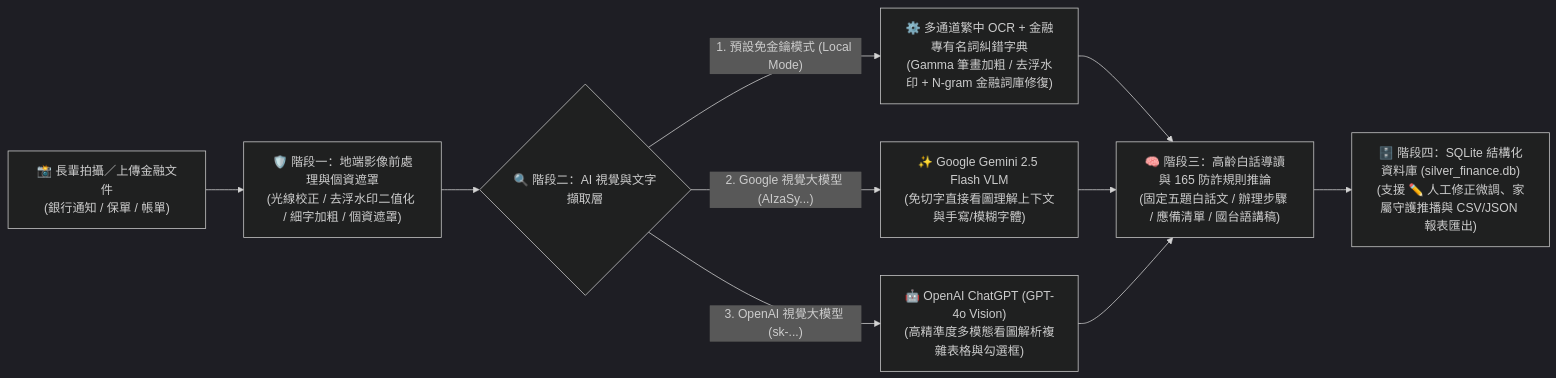
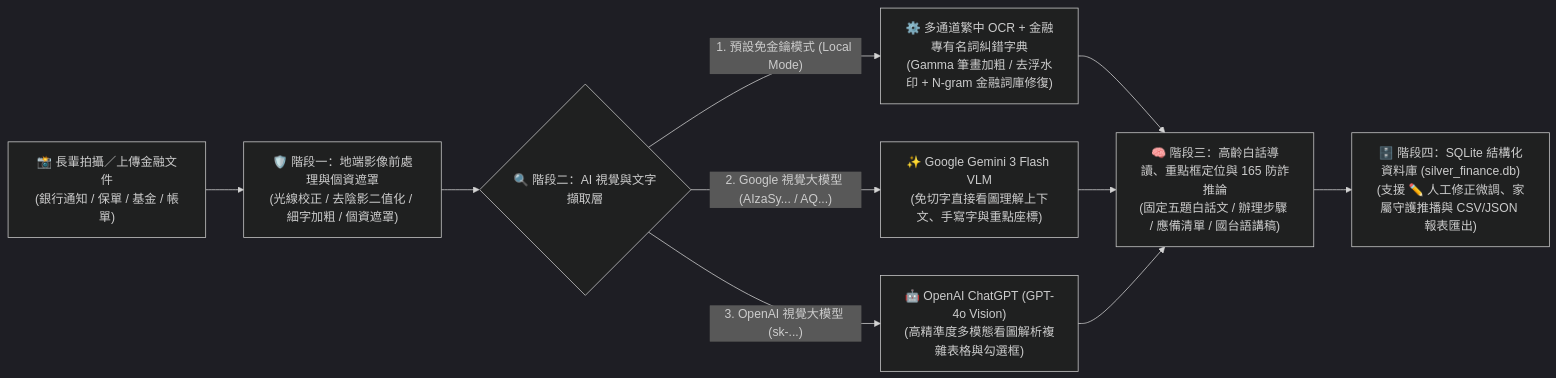
One commit to Ychen1031/FinTech changed the diagram in README.md. Above: the diagram before and after it, drawn with Mermaid (dark theme). The commit also changed other lines of this file, not shown here.

Commit message:
更新 README.md：補充 Gemini 3 Flash VLM 支援、智慧紅框定位與轉場動畫說明

````diff
--- a/README.md
+++ b/README.md
@@ -37,12 +39,12 @@
 ```mermaid
 flowchart LR
-    A["📸 長輩拍攝／上傳金融文件<br/>(銀行通知 / 保單 / 帳單)"] --> B["🛡️ 階段一：地端影像前處理與個資遮罩<br/>(光線校正 / 去浮水印二值化 / 細字加粗 / 個資遮罩)"]
+    A["📸 長輩拍攝／上傳金融文件<br/>(銀行通知 / 保單 / 基金 / 帳單)"] --> B["🛡️ 階段一：地端影像前處理與個資遮罩<br/>(光線校正 / 去陰影二值化 / 細字加粗 / 個資遮罩)"]
     B --> C{"🔍 階段二：AI 視覺與文字擷取層"}
     C -->|"1. 預設免金鑰模式 (Local Mode)"| D["⚙️ 多通道繁中 OCR + 金融專有名詞糾錯字典<br/>(Gamma 筆畫加粗 / 去浮水印 + N-gram 金融詞庫修復)"]
-    C -->|"2. Google 視覺大模型 (AIzaSy...)"| E["✨ Google Gemini 2.5 Flash VLM<br/>(免切字直接看圖理解上下文與手寫/模糊字體)"]
+    C -->|"2. Google 視覺大模型 (AIzaSy... / AQ...)"| E["✨ Google Gemini 3 Flash VLM<br/>(免切字直接看圖理解上下文、手寫字與重點座標)"]
     C -->|"3. OpenAI 視覺大模型 (sk-...)"| F["🤖 OpenAI ChatGPT (GPT-4o Vision)<br/>(高精準度多模態看圖解析複雜表格與勾選框)"]
-    D --> G["🧠 階段三：高齡白話導讀與 165 防詐規則推論<br/>(固定五題白話文 / 辦理步驟 / 應備清單 / 國台語講稿)"]
+    D --> G["🧠 階段三：高齡白話導讀、重點框定位與 165 防詐推論<br/>(固定五題白話文 / 辦理步驟 / 應備清單 / 國台語講稿)"]
     E --> G
     F --> G
     G --> H["🗄️ 階段四：SQLite 結構化資料庫 (silver_finance.db)<br/>(支援 ✏️ 人工修正微調、家屬守護推播與 CSV/JSON 報表匯出)"]
 ```
````
